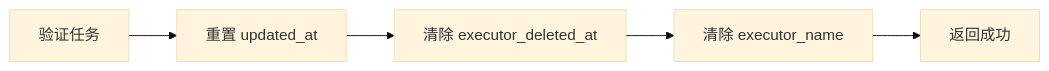
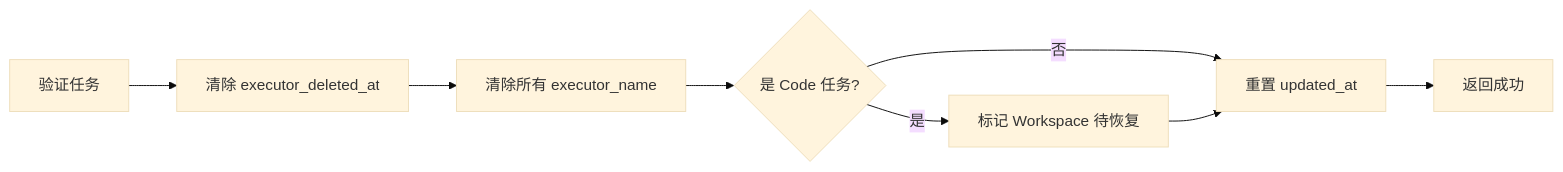
One commit to wecode-ai/Wegent changed the third of 10 diagrams in docs/zh/features/task-restore.md. Above: the diagram before and after it, drawn with Mermaid (base theme). The commit also changed other lines of this file, not shown here.

````diff
--- a/docs/zh/features/task-restore.md
+++ b/docs/zh/features/task-restore.md
@@ -97,7 +128,10 @@
 ```mermaid
 flowchart LR
-    A[验证任务] --> B[重置 updated_at]
-    B --> C[清除 executor_deleted_at]
-    C --> D[清除 executor_name]
-    D --> E[返回成功]
+    A[验证任务] --> B[清除 executor_deleted_at]
+    B --> C[清除所有 executor_name]
+    C --> D{是 Code 任务?}
+    D -->|是| E[标记 Workspace 待恢复]
+    D -->|否| F[重置 updated_at]
+    E --> F
+    F --> G[返回成功]
 ```
````
